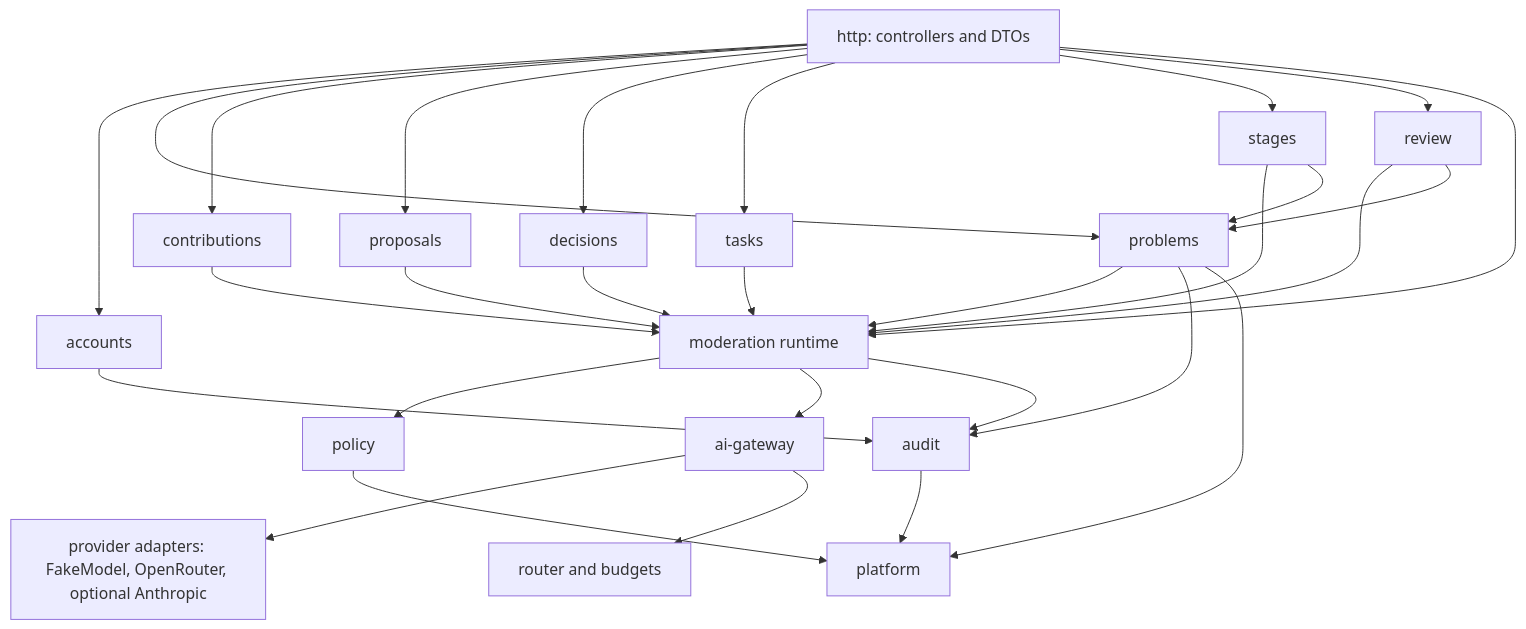
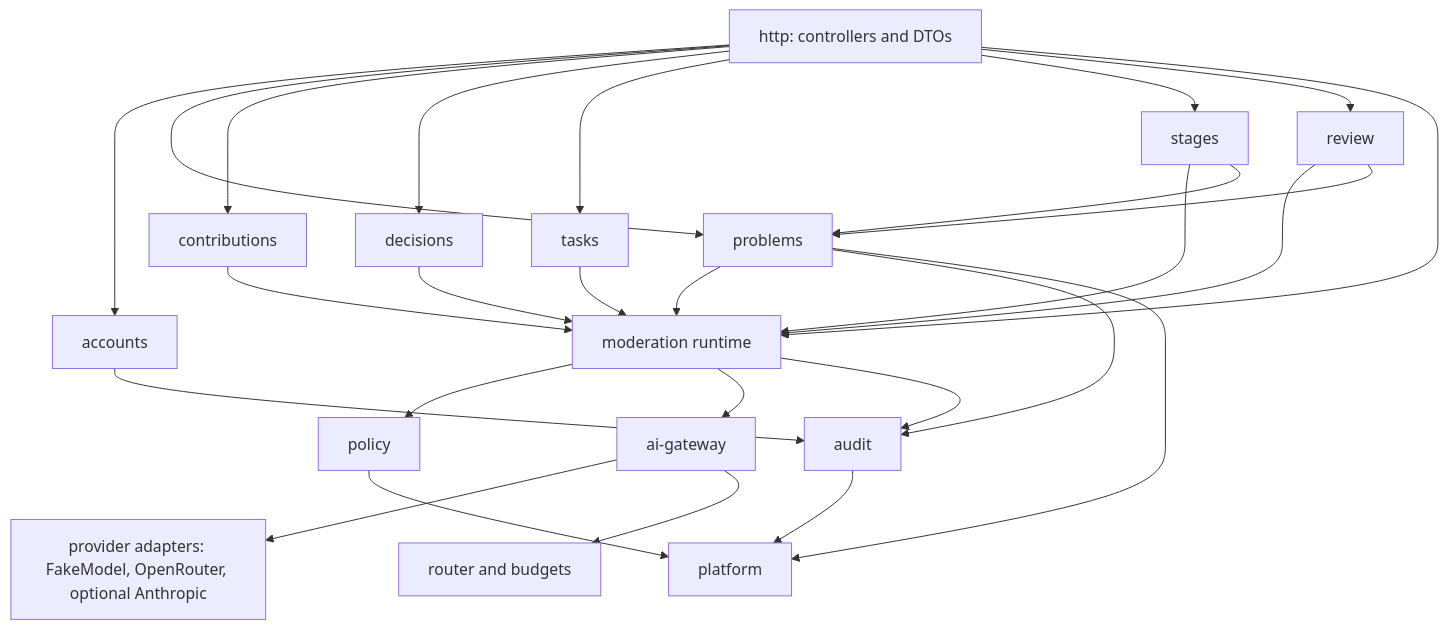
Before and after one commit to community-action-network-oss/community_action_network_oss: the first of 4 diagrams in docs/design/components/server.md, drawn with Mermaid. The commit also changed other lines of this file and 12 other files, not shown here.

````diff
--- a/docs/design/components/server.md
+++ b/docs/design/components/server.md
@@ -9,31 +9,29 @@
 ```mermaid
 flowchart TD
   http[http: controllers and DTOs] --> acc[accounts]
   http --> prob[problems]
   http --> contrib[contributions]
-  http --> prop[proposals]
   http --> dec[decisions]
   http --> task[tasks]
   http --> stg[stages]
   http --> rev[review]
   stg --> modr
   rev --> modr
   stg --> prob
   rev --> prob
   http --> modr[moderation runtime]
   prob --> modr
   contrib --> modr
-  prop --> modr
   dec --> modr
   task --> modr
   modr --> pol[policy]
   modr --> gw[ai-gateway]
   gw --> adapters[provider adapters: FakeModel, OpenRouter, optional Anthropic]
   gw --> budgets[router and budgets]
   modr --> aud[audit]
   acc --> aud
   prob --> aud
   pol --> plat[platform]
   aud --> plat
   prob --> plat
 ```
````
